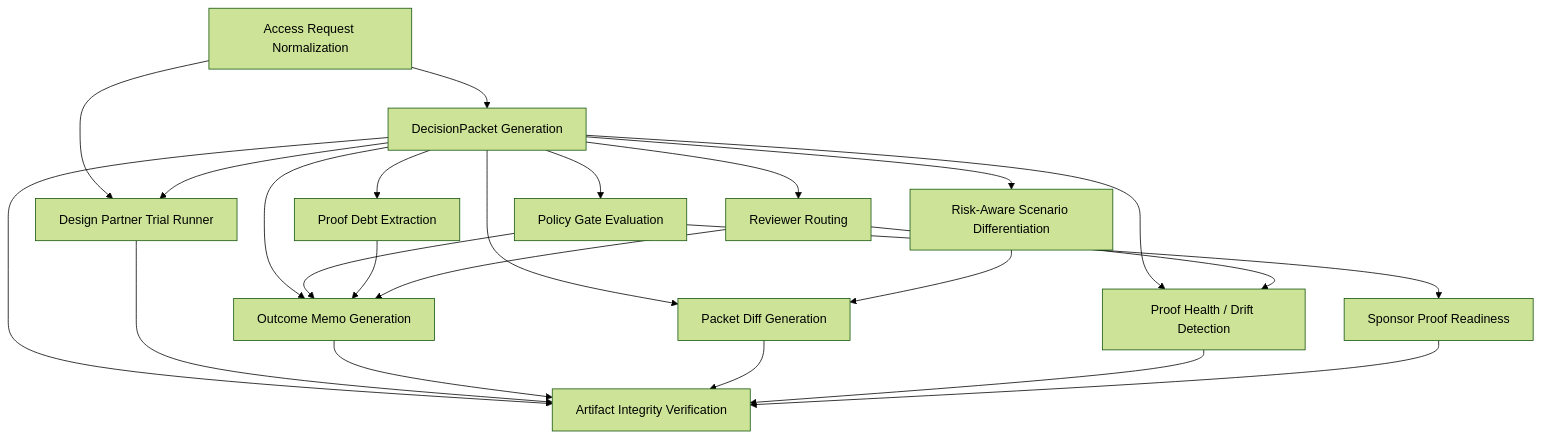
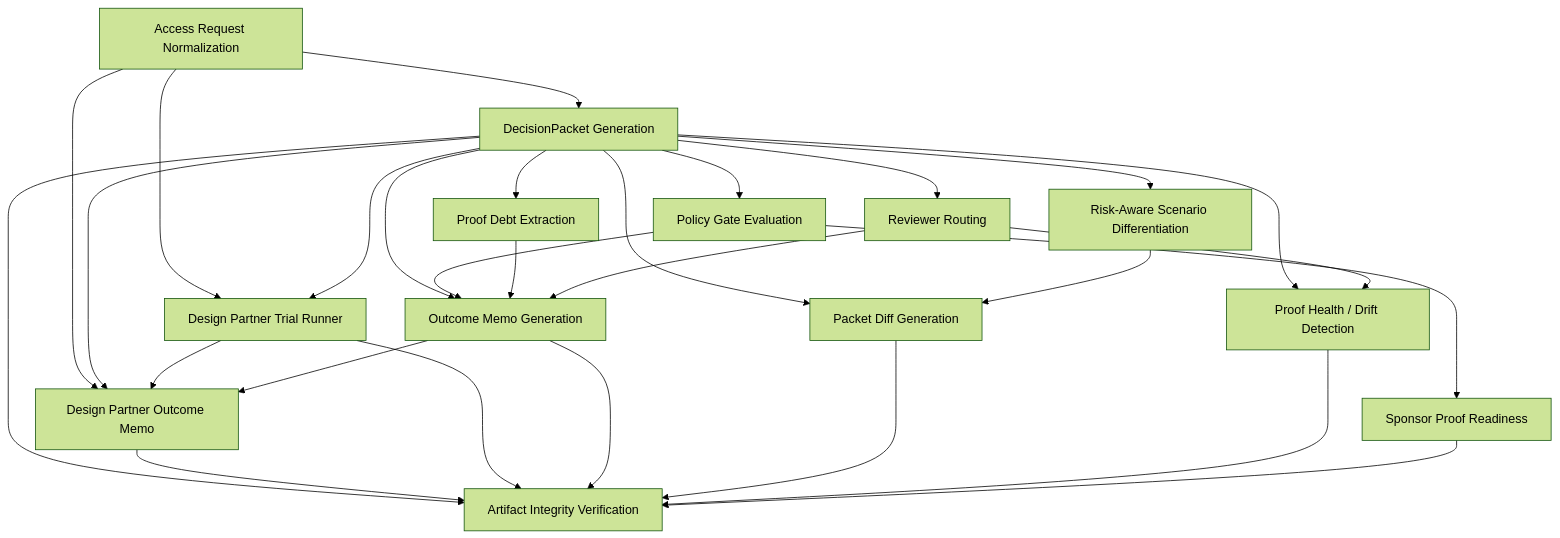
One commit to jayeshsuyal/inferenceatlas-agent-demo changed the diagram in docs/AGENT_SKILLS.md. Above: the diagram before and after it, drawn with Mermaid (forest theme). The commit also changed other lines of this file and 32 other files, not shown here.

Commit message:
feat: add design partner outcome memo

````diff
--- a/docs/AGENT_SKILLS.md
+++ b/docs/AGENT_SKILLS.md
@@ -63,37 +64,43 @@
 ```mermaid
 graph TD
     access_request_normalization["Access Request Normalization"]
     decision_packet_generation["DecisionPacket Generation"]
     policy_gate_evaluation["Policy Gate Evaluation"]
     proof_debt_extraction["Proof Debt Extraction"]
     reviewer_routing["Reviewer Routing"]
     risk_aware_scenario_differentiation["Risk-Aware Scenario Differentiation"]
+    design_partner_outcome_memo["Design Partner Outcome Memo"]
     design_partner_trial_runner["Design Partner Trial Runner"]
     outcome_memo_generation["Outcome Memo Generation"]
     packet_diff_generation["Packet Diff Generation"]
     artifact_integrity_verification["Artifact Integrity Verification"]
     proof_health_drift_detection["Proof Health / Drift Detection"]
     sponsor_proof_readiness["Sponsor Proof Readiness"]
     access_request_normalization --> decision_packet_generation
     decision_packet_generation --> policy_gate_evaluation
     decision_packet_generation --> proof_debt_extraction
     decision_packet_generation --> reviewer_routing
     decision_packet_generation --> risk_aware_scenario_differentiation
+    access_request_normalization --> design_partner_outcome_memo
+    decision_packet_generation --> design_partner_outcome_memo
+    design_partner_trial_runner --> design_partner_outcome_memo
+    outcome_memo_generation --> design_partner_outcome_memo
     access_request_normalization --> design_partner_trial_runner
     decision_packet_generation --> design_partner_trial_runner
     decision_packet_generation --> outcome_memo_generation
     policy_gate_evaluation --> outcome_memo_generation
     proof_debt_extraction --> outcome_memo_generation
     reviewer_routing --> outcome_memo_generation
     decision_packet_generation --> packet_diff_generation
     risk_aware_scenario_differentiation --> packet_diff_generation
     decision_packet_generation --> artifact_integrity_verification
+    design_partner_outcome_memo --> artifact_integrity_verification
     design_partner_trial_runner --> artifact_integrity_verification
     outcome_memo_generation --> artifact_integrity_verification
     packet_diff_generation --> artifact_integrity_verification
     proof_health_drift_detection --> artifact_integrity_verification
     sponsor_proof_readiness --> artifact_integrity_verification
     decision_packet_generation --> proof_health_drift_detection
     reviewer_routing --> proof_health_drift_detection
     policy_gate_evaluation --> sponsor_proof_readiness
 ```
````
